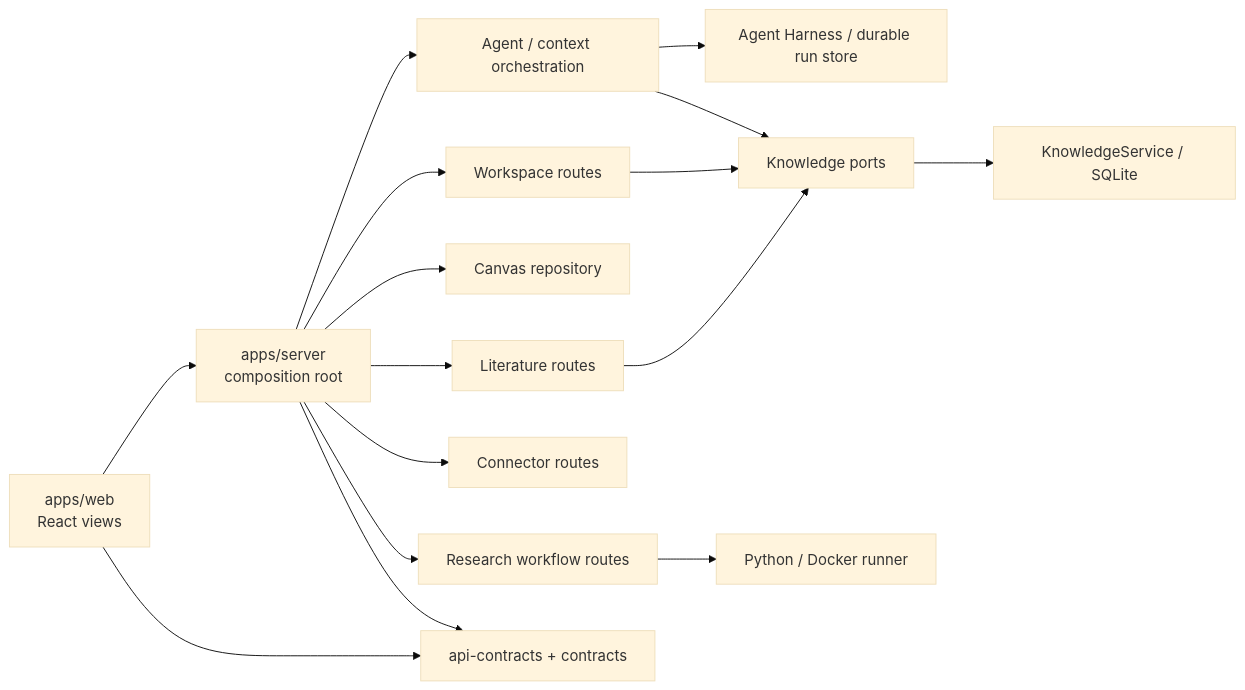
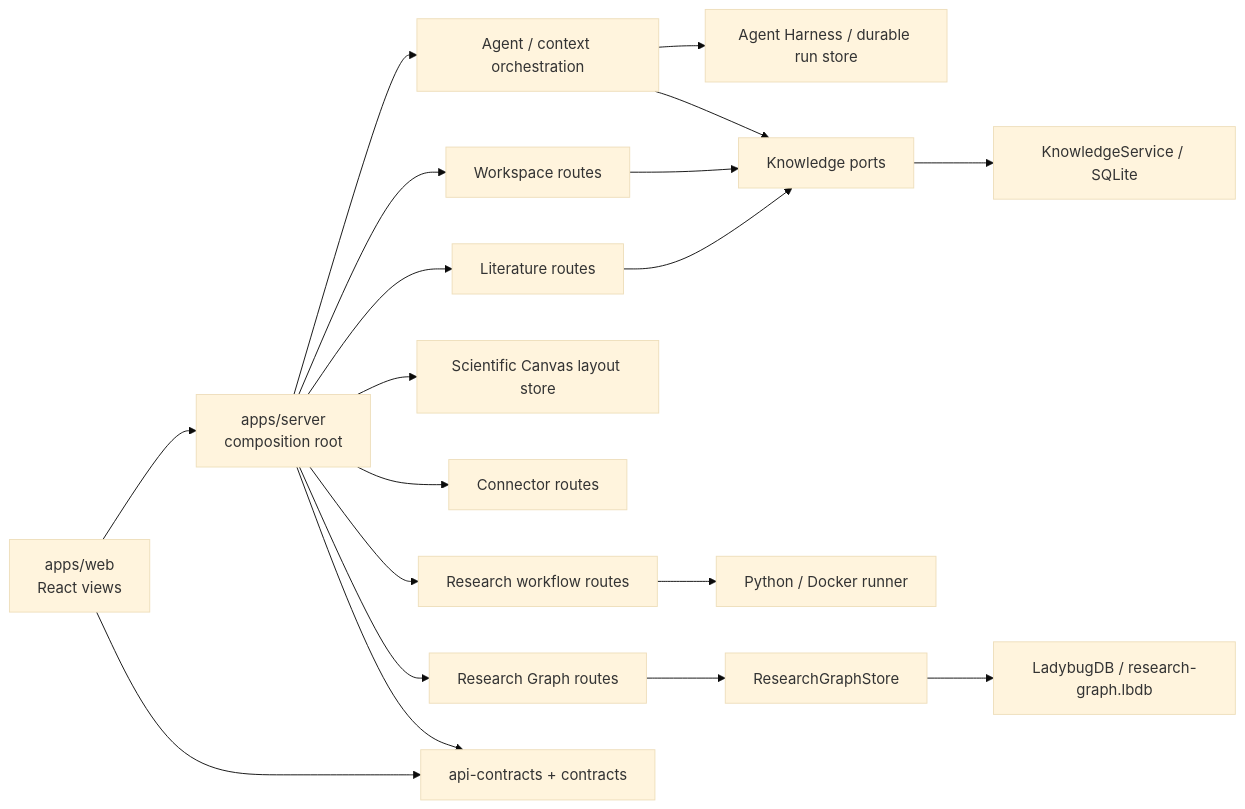
The diagram in docs/architecture/modular-monolith.md (Lelexi-max/xiling-os), drawn with Mermaid (base theme) before and after one commit. The commit also changed other lines of this file and 67 other files, not shown here.

Commit message:
feat: complete research graph architecture

````diff
--- a/docs/architecture/modular-monolith.md
+++ b/docs/architecture/modular-monolith.md
@@ -7,18 +7,21 @@
 ```mermaid
 flowchart LR
   WEB["apps/web\nReact views"] --> API["apps/server\ncomposition root"]
   API --> AGENT["Agent / context orchestration"]
   AGENT --> HARNESS["Agent Harness / durable run store"]
   API --> WORKSPACE["Workspace routes"]
-  API --> CANVAS["Canvas repository"]
   API --> LITERATURE["Literature routes"]
+  API --> LAYOUT["Scientific Canvas layout store"]
   API --> CONNECTORS["Connector routes"]
   API --> WORKFLOWS["Research workflow routes"]
+  API --> RGAPI["Research Graph routes"]
   WORKFLOWS --> RUNNER["Python / Docker runner"]
   AGENT --> PORTS["Knowledge ports"]
   WORKSPACE --> PORTS
   LITERATURE --> PORTS
   PORTS --> SQLITE["KnowledgeService / SQLite"]
+  RGAPI --> RGPORT["ResearchGraphStore"]
+  RGPORT --> LADYBUG["LadybugDB / research-graph.lbdb"]
   API --> CONTRACTS["api-contracts + contracts"]
   WEB --> CONTRACTS
 ```
````
